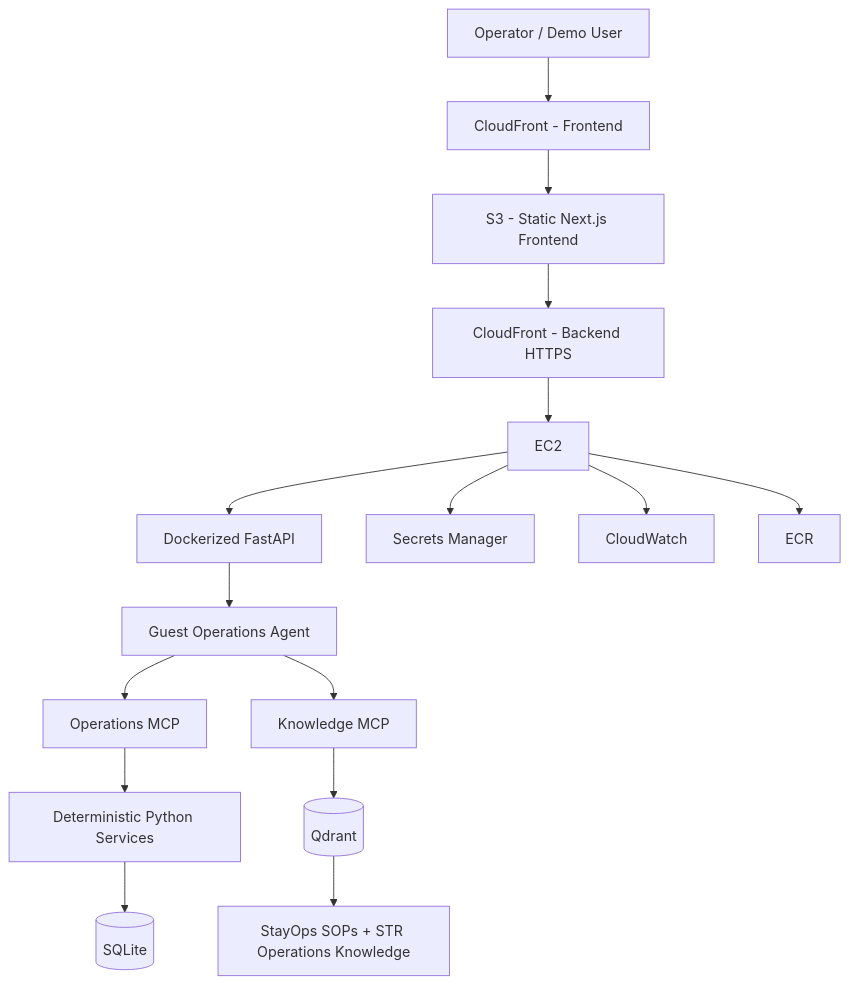
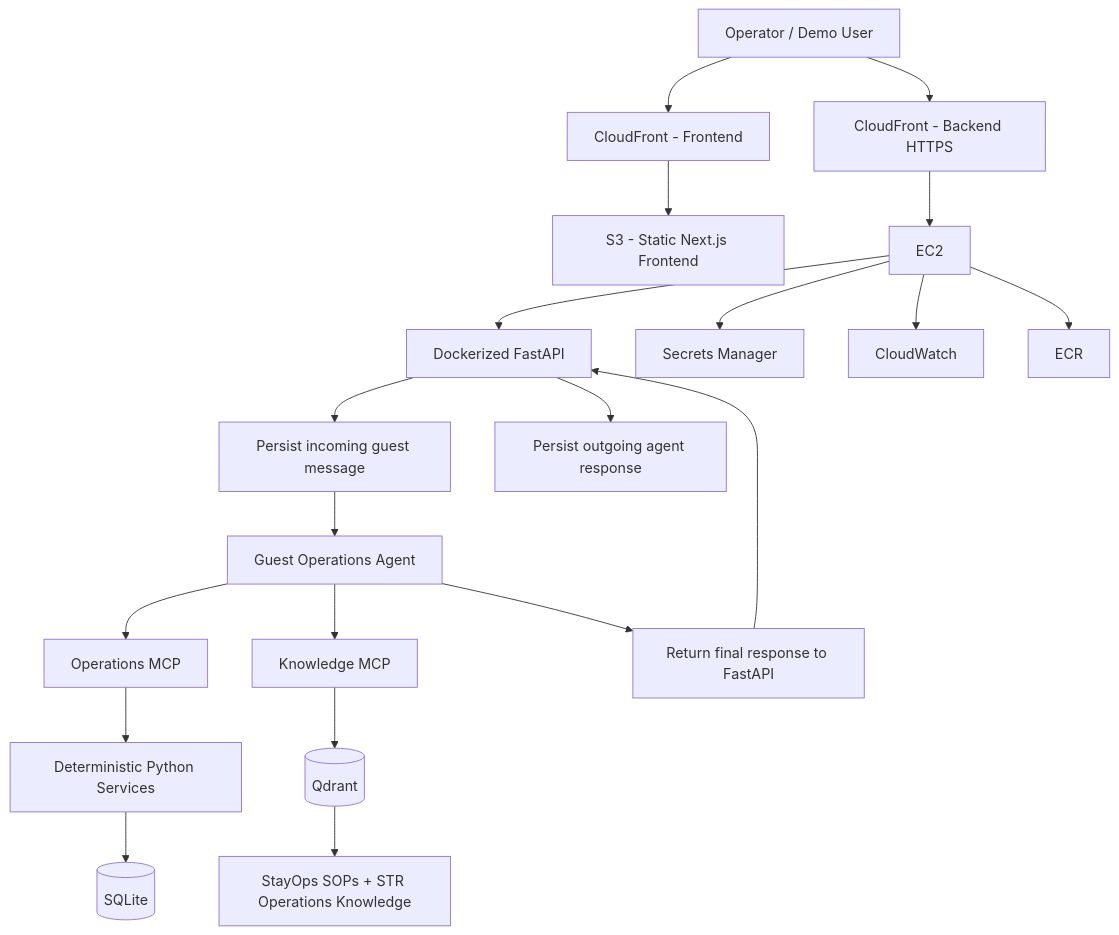
One commit to penzen/stayops-ai changed the diagram in README.md. Above: the diagram before and after it, drawn with Mermaid. The commit also changed other lines of this file, not shown here.

Commit message:
docs: update README for V2 architectural baseline

````diff
--- a/README.md
+++ b/README.md
@@ -104,24 +93,31 @@
 ```mermaid
 flowchart TD
-    U[Operator / Demo User] --> CF1[CloudFront - Frontend]
+    U[Operator / Demo User]
+
+    U --> CF1[CloudFront - Frontend]
     CF1 --> S3[S3 - Static Next.js Frontend]
 
-    S3 --> CF2[CloudFront - Backend HTTPS]
+    U --> CF2[CloudFront - Backend HTTPS]
     CF2 --> EC2[EC2]
     EC2 --> D[Dockerized FastAPI]
 
-    D --> A[Guest Operations Agent]
+    D --> P1[Persist incoming guest message]
+    P1 --> A[Guest Operations Agent]
 
     A --> OMCP[Operations MCP]
     A --> KMCP[Knowledge MCP]
 
     OMCP --> SVC[Deterministic Python Services]
     SVC --> SQL[(SQLite)]
 
     KMCP --> Q[(Qdrant)]
     Q --> SOP[StayOps SOPs + STR Operations Knowledge]
 
+    A --> P2[Return final response to FastAPI]
+    P2 --> D
+    D --> P3[Persist outgoing agent response]
+
     EC2 --> SM[Secrets Manager]
     EC2 --> CW[CloudWatch]
     EC2 --> ECR[ECR]
 ```
````
